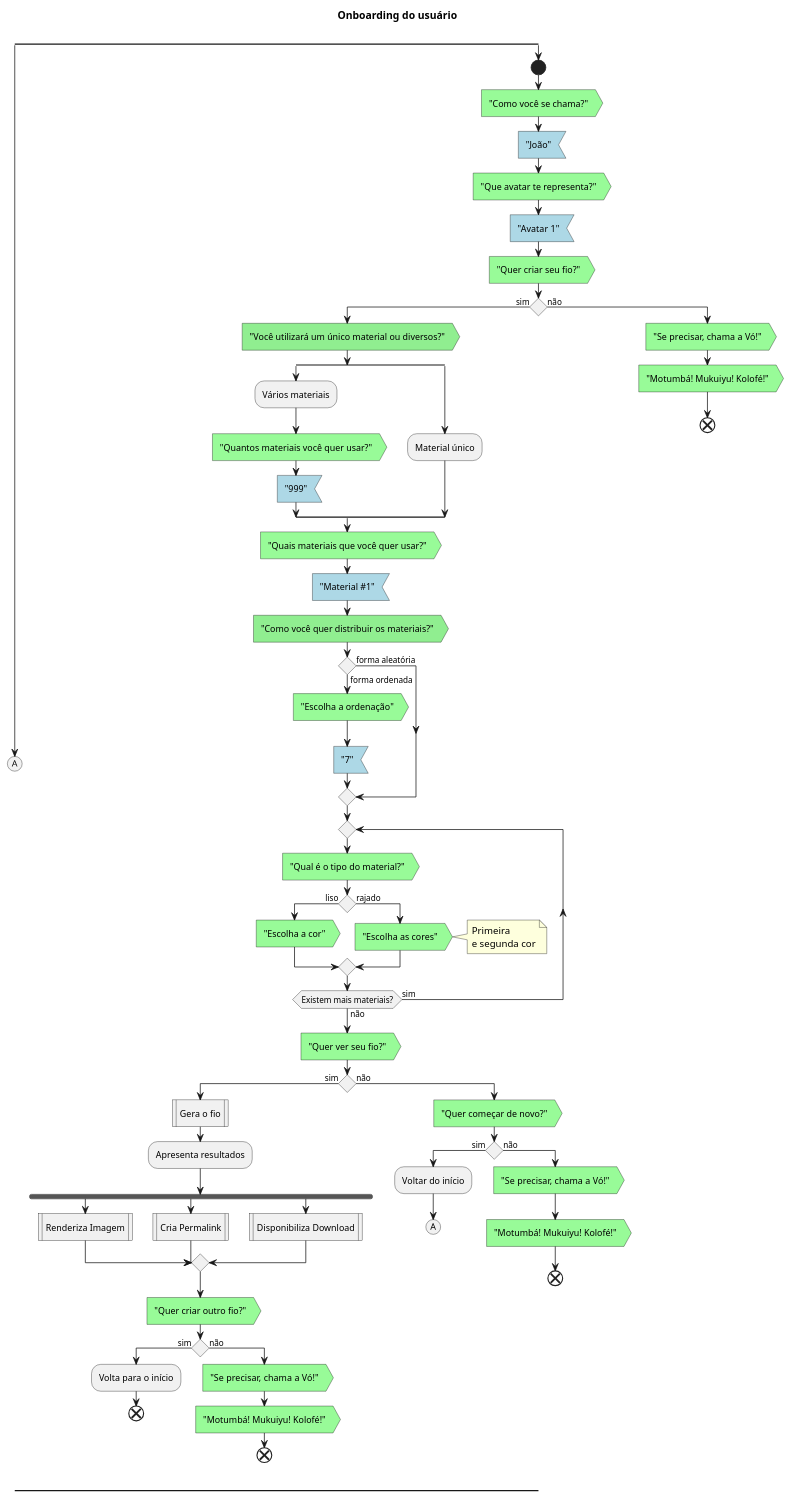
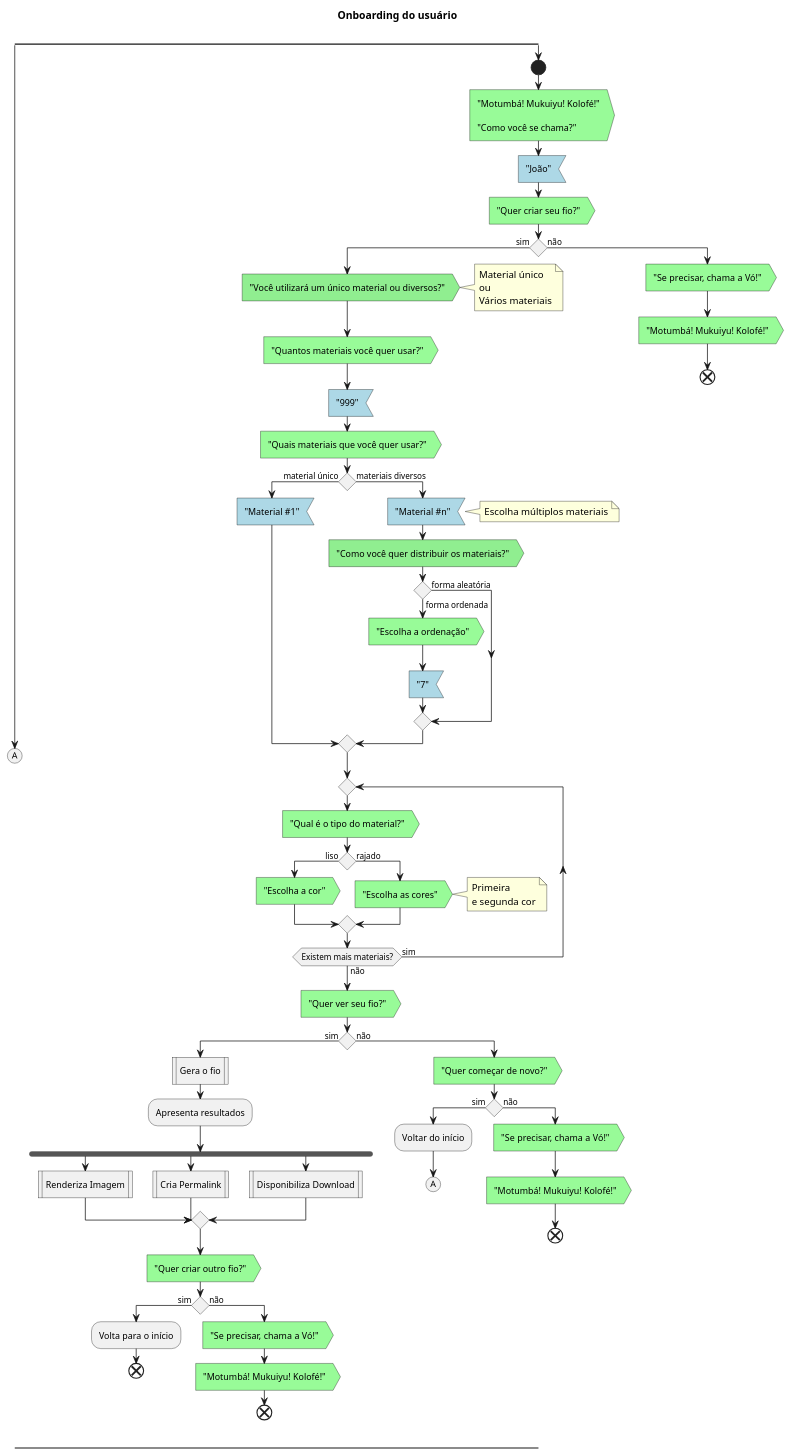
One commit to TecnoSigma/vo-maria changed the diagram in __docs__/onboarding.puml. Above: the diagram before and after it, drawn with PlantUML. The commit also changed 5 other files, not shown here.

Commit message:
Ajusts html and js files based in mind map

```diff
--- a/__docs__/onboarding.puml
+++ b/__docs__/onboarding.puml
@@ -1,82 +1,87 @@
 @startuml
 title "Onboarding do usuário\n"
 
 split
         (A)
         -[hidden]->
 split again
         start
-        #palegreen:"Como você se chama?">
+        #palegreen:"Motumbá! Mukuiyu! Kolofé!"\n\n"Como você se chama?">
         #lightblue:"João"<
-        #palegreen:"Que avatar te representa?">
-        #lightblue:"Avatar 1"<
         #palegreen:"Quer criar seu fio?">
         if () then (sim)
                 #lightgreen:"Você utilizará um único material ou diversos?">
-                split
-                         :Vários materiais;
-                         #palegreen:"Quantos materiais você quer usar?">
+                note right
+                        Material único
+                        ou
+                        Vários materiais
+                end note
+
+                #palegreen:"Quantos materiais você quer usar?">
                          #lightblue:"999"<
-
-                 split again
-                         :Material único;
-                 end split
                  #palegreen:"Quais materiais que você quer usar?">
-                 #lightblue:"Material #1"<
-                 #lightgreen:"Como você quer distribuir os materiais?">
-                 if () then (forma ordenada)
-                         #palegreen:"Escolha a ordenação">
-                         #lightblue:"7"<
-                 else (forma aleatória)
+                 if() then (material único)
+                         #lightblue:"Material #1"<
+                 else (materiais diversos)
+                         #lightblue:"Material #n"<
+                         note right
+                                 Escolha múltiplos materiais
+                         end note
+                         #lightgreen:"Como você quer distribuir os materiais?">
+                         if () then (forma ordenada)
+                                 #palegreen:"Escolha a ordenação">
+                                 #lightblue:"7"<
+                         else (forma aleatória)
+                         endif
                  endif
                  repeat
                  #palegreen:"Qual é o tipo do material?">
                  if () then (liso)
                          #palegreen:"Escolha a cor">
                  else (rajado)
                          #palegreen:"Escolha as cores">
                          note right
                                  Primeira
                                  e segunda cor
                          end note
                  endif
                  repeat while (Existem mais materiais?) is (sim) not (não)
                  #palegreen:"Quer ver seu fio?">
                  if () then (sim)
                          :Gera o fio|
                          :Apresenta resultados;
                          fork
                                  :Renderiza Imagem|
                          fork again
                                  :Cria Permalink|
                          fork again
                                  :Disponibiliza Download|
                          end merge
                          #palegreen:"Quer criar outro fio?">
                          if () then (sim)
                                  :Volta para o início;
                                  end
                          else (não)
                                  #palegreen:"Se precisar, chama a Vó!">
                                  #palegreen:"Motumbá! Mukuiyu! Kolofé!">
                                  end
                          endif
                  else (não)
                          #palegreen:"Quer começar de novo?">
                          if () then (sim)
                                  :Voltar do início;
                                  (A)
                                  -[hidden]->
                          else (não)
                                  #palegreen:"Se precisar, chama a Vó!">
                                  #palegreen:"Motumbá! Mukuiyu! Kolofé!">
                                  end
                          endif
                  endif
         else (não)
                 #palegreen:"Se precisar, chama a Vó!">
                 #palegreen:"Motumbá! Mukuiyu! Kolofé!">
                 end
         endif
 end split
 @enduml
```
